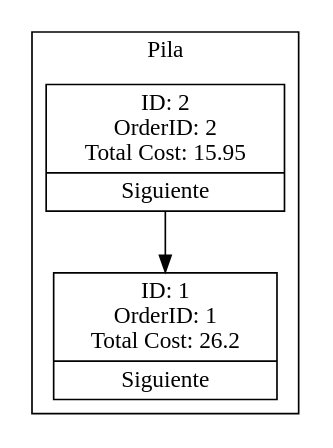
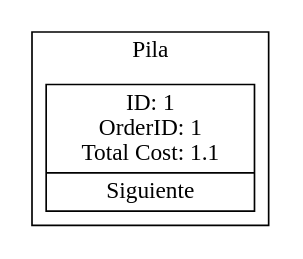
One commit to marcosbondel/EDD_1S2025_202202410 changed the diagram in reports/Bill.dot. Above: the diagram before and after it, drawn with Graphviz. The commit also changed 16 other files, not shown here.

```diff
--- a/reports/Bill.dot
+++ b/reports/Bill.dot
@@ -1,10 +1,8 @@
 digraph G {
     node [shape=record];
     rankdir=TB;
     subgraph cluster_0 {
         label = "Pila";
-        n0 [label = "{<data> ID: 2 \n OrderID: 2 \n Total Cost: 15.95 | <next> Siguiente }"];
-        n1 [label = "{<data> ID: 1 \n OrderID: 1 \n Total Cost: 26.2 | <next> Siguiente }"];
-        n0:next -> n1:data;
+        n0 [label = "{<data> ID: 1 \n OrderID: 1 \n Total Cost: 1.1 | <next> Siguiente }"];
     }
 }
```
